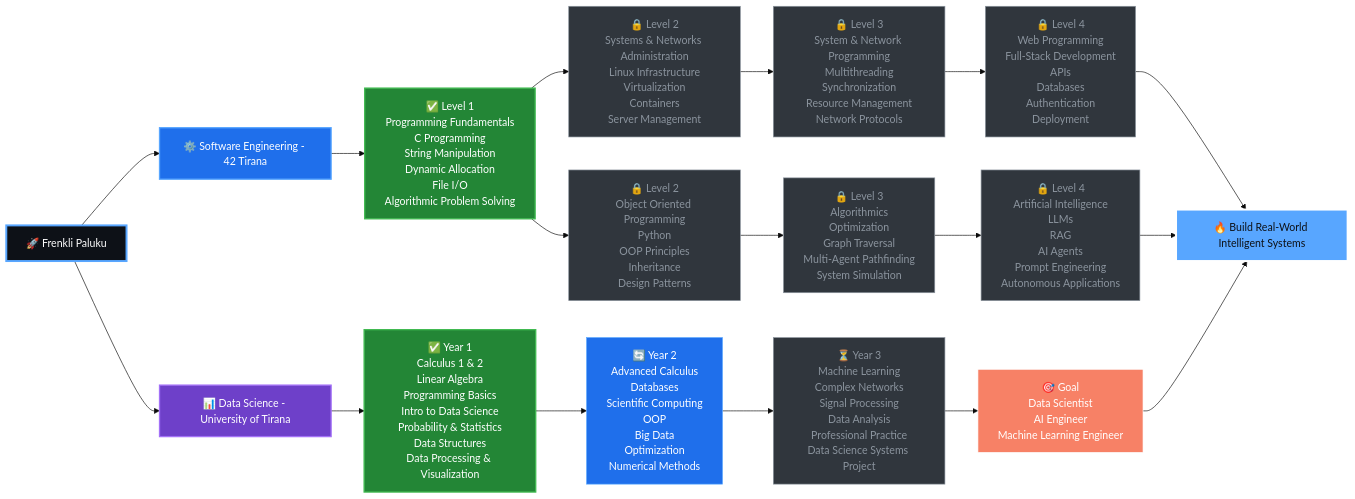
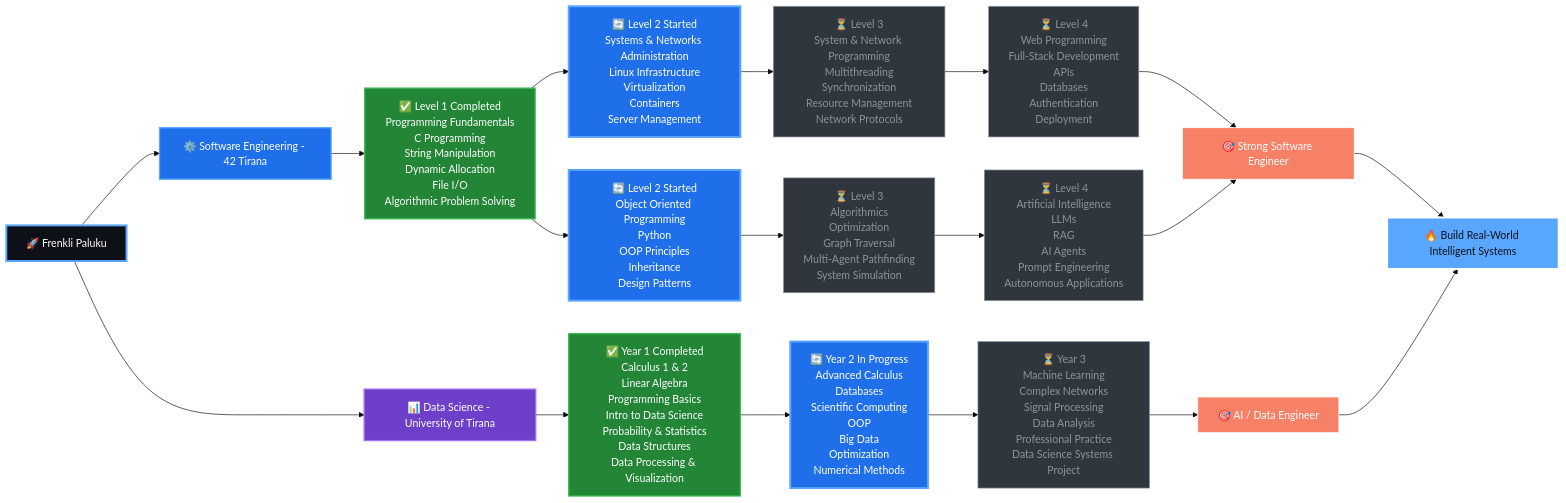
Before and after one commit to FRENKLIP/FrenkliP: the diagram in README.md, drawn with Mermaid (base theme). The commit also changed other lines of this file, not shown here.

````diff
--- a/README.md
+++ b/README.md
@@ -95,52 +94,54 @@
 ```mermaid
 flowchart LR
     A["🚀 Frenkli Paluku"] --> SE["⚙️ Software Engineering - 42 Tirana"]
     A --> DS["📊 Data Science - University of Tirana"]
 
-    SE --> SE1["✅ Level 1<br/>Programming Fundamentals<br/>C Programming<br/>String Manipulation<br/>Dynamic Allocation<br/>File I/O<br/>Algorithmic Problem Solving"]
+    SE --> SE1["✅ Level 1 Completed<br/>Programming Fundamentals<br/>C Programming<br/>String Manipulation<br/>Dynamic Allocation<br/>File I/O<br/>Algorithmic Problem Solving"]
 
-    DS --> DS1["✅ Year 1<br/>Calculus 1 & 2<br/>Linear Algebra<br/>Programming Basics<br/>Intro to Data Science<br/>Probability & Statistics<br/>Data Structures<br/>Data Processing & Visualization"]
+    DS --> DS1["✅ Year 1 Completed<br/>Calculus 1 & 2<br/>Linear Algebra<br/>Programming Basics<br/>Intro to Data Science<br/>Probability & Statistics<br/>Data Structures<br/>Data Processing & Visualization"]
 
-    SE1 --> SE2["🔒 Level 2<br/>Systems & Networks Administration<br/>Linux Infrastructure<br/>Virtualization<br/>Containers<br/>Server Management"]
+    SE1 --> SE2A["🔄 Level 2 Started<br/>Systems & Networks Administration<br/>Linux Infrastructure<br/>Virtualization<br/>Containers<br/>Server Management"]
 
-    SE1 --> SE3["🔒 Level 2<br/>Object Oriented Programming<br/>Python<br/>OOP Principles<br/>Inheritance<br/>Design Patterns"]
+    SE1 --> SE2B["🔄 Level 2 Started<br/>Object Oriented Programming<br/>Python<br/>OOP Principles<br/>Inheritance<br/>Design Patterns"]
 
-    DS1 --> DS2["🔄 Year 2<br/>Advanced Calculus<br/>Databases<br/>Scientific Computing<br/>OOP<br/>Big Data<br/>Optimization<br/>Numerical Methods"]
+    DS1 --> DS2["🔄 Year 2 In Progress<br/>Advanced Calculus<br/>Databases<br/>Scientific Computing<br/>OOP<br/>Big Data<br/>Optimization<br/>Numerical Methods"]
 
-    SE2 --> SE4["🔒 Level 3<br/>System & Network Programming<br/>Multithreading<br/>Synchronization<br/>Resource Management<br/>Network Protocols"]
+    SE2A --> SE3A["⏳ Level 3<br/>System & Network Programming<br/>Multithreading<br/>Synchronization<br/>Resource Management<br/>Network Protocols"]
 
-    SE3 --> SE5["🔒 Level 3<br/>Algorithmics<br/>Optimization<br/>Graph Traversal<br/>Multi-Agent Pathfinding<br/>System Simulation"]
+    SE2B --> SE3B["⏳ Level 3<br/>Algorithmics<br/>Optimization<br/>Graph Traversal<br/>Multi-Agent Pathfinding<br/>System Simulation"]
 
     DS2 --> DS3["⏳ Year 3<br/>Machine Learning<br/>Complex Networks<br/>Signal Processing<br/>Data Analysis<br/>Professional Practice<br/>Data Science Systems Project"]
 
-    SE4 --> SE6["🔒 Level 4<br/>Web Programming<br/>Full-Stack Development<br/>APIs<br/>Databases<br/>Authentication<br/>Deployment"]
+    SE3A --> SE4A["⏳ Level 4<br/>Web Programming<br/>Full-Stack Development<br/>APIs<br/>Databases<br/>Authentication<br/>Deployment"]
 
-    SE5 --> SE7["🔒 Level 4<br/>Artificial Intelligence<br/>LLMs<br/>RAG<br/>AI Agents<br/>Prompt Engineering<br/>Autonomous Applications"]
+    SE3B --> SE4B["⏳ Level 4<br/>Artificial Intelligence<br/>LLMs<br/>RAG<br/>AI Agents<br/>Prompt Engineering<br/>Autonomous Applications"]
 
-    DS3 --> DS4["🎯 Goal<br/>Data Scientist<br/>AI Engineer<br/>Machine Learning Engineer"]
+    SE4A --> G1["🎯 Strong Software Engineer"]
+    SE4B --> G1
+    DS3 --> G2["🎯 AI / Data Engineer"]
 
-    SE6 --> FINAL["🔥 Build Real-World Intelligent Systems"]
-    SE7 --> FINAL
-    DS4 --> FINAL
+    G1 --> FINAL["🔥 Build Real-World Intelligent Systems"]
+    G2 --> FINAL
 
     style A fill:#0D1117,color:#fff,stroke:#58A6FF,stroke-width:3px
 
     style SE fill:#1f6feb,color:#fff,stroke:#58A6FF,stroke-width:2px
     style DS fill:#6e40c9,color:#fff,stroke:#a371f7,stroke-width:2px
 
     style SE1 fill:#238636,color:#fff,stroke:#3fb950,stroke-width:2px
     style DS1 fill:#238636,color:#fff,stroke:#3fb950,stroke-width:2px
 
-    style SE2 fill:#30363d,color:#8b949e,stroke:#8b949e
-    style SE3 fill:#30363d,color:#8b949e,stroke:#8b949e
-    style SE4 fill:#30363d,color:#8b949e,stroke:#8b949e
-    style SE5 fill:#30363d,color:#8b949e,stroke:#8b949e
-    style SE6 fill:#30363d,color:#8b949e,stroke:#8b949e
-    style SE7 fill:#30363d,color:#8b949e,stroke:#8b949e
+    style SE2A fill:#1f6feb,color:#fff,stroke:#58A6FF,stroke-width:3px
+    style SE2B fill:#1f6feb,color:#fff,stroke:#58A6FF,stroke-width:3px
+    style DS2 fill:#1f6feb,color:#fff,stroke:#58A6FF,stroke-width:3px
 
-    style DS2 fill:#1f6feb,color:#fff,stroke:#58A6FF
+    style SE3A fill:#30363d,color:#8b949e,stroke:#8b949e
+    style SE3B fill:#30363d,color:#8b949e,stroke:#8b949e
+    style SE4A fill:#30363d,color:#8b949e,stroke:#8b949e
+    style SE4B fill:#30363d,color:#8b949e,stroke:#8b949e
     style DS3 fill:#30363d,color:#8b949e,stroke:#8b949e
-    style DS4 fill:#f78166,color:#fff,stroke:#fff
 
+    style G1 fill:#f78166,color:#fff,stroke:#fff,stroke-width:1px
+    style G2 fill:#f78166,color:#fff,stroke:#fff,stroke-width:1px
     style FINAL fill:#58A6FF,color:#0D1117,stroke:#fff,stroke-width:3px
 ```
````
